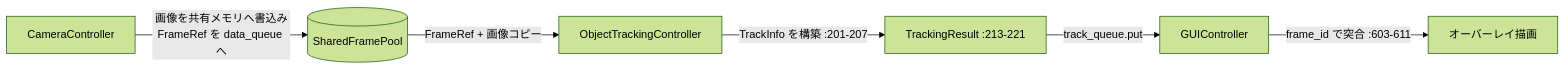
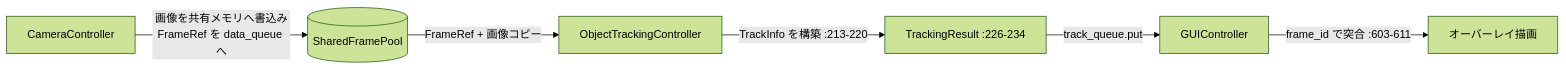
The diagram in docs/specs/data-models/design.md (NobuoTsukamoto/multiprocess-object-tracker), drawn with Mermaid (forest theme) before and after one commit. The commit also changed other lines of this file and 12 other files, not shown here.

First line of the commit message:
refactor(data-models): 未使用の FrameData/DetectionResult と TrackInfo.box/score を削除

````diff
--- a/docs/specs/data-models/design.md
+++ b/docs/specs/data-models/design.md
@@ -53,8 +48,8 @@
 ```mermaid
 flowchart LR
     Cam[CameraController] -->|画像を共有メモリへ書込み<br/>FrameRef を data_queue へ| Pool[(SharedFramePool)]
     Pool -->|FrameRef + 画像コピー| OT[ObjectTrackingController]
-    OT -->|TrackInfo を構築 :201-207| TR[TrackingResult :213-221]
+    OT -->|TrackInfo を構築 :213-220| TR[TrackingResult :226-234]
     TR -->|track_queue.put| GUI[GUIController]
     GUI -->|frame_id で突合 :603-611| Render[オーバーレイ描画]
 ```
````
